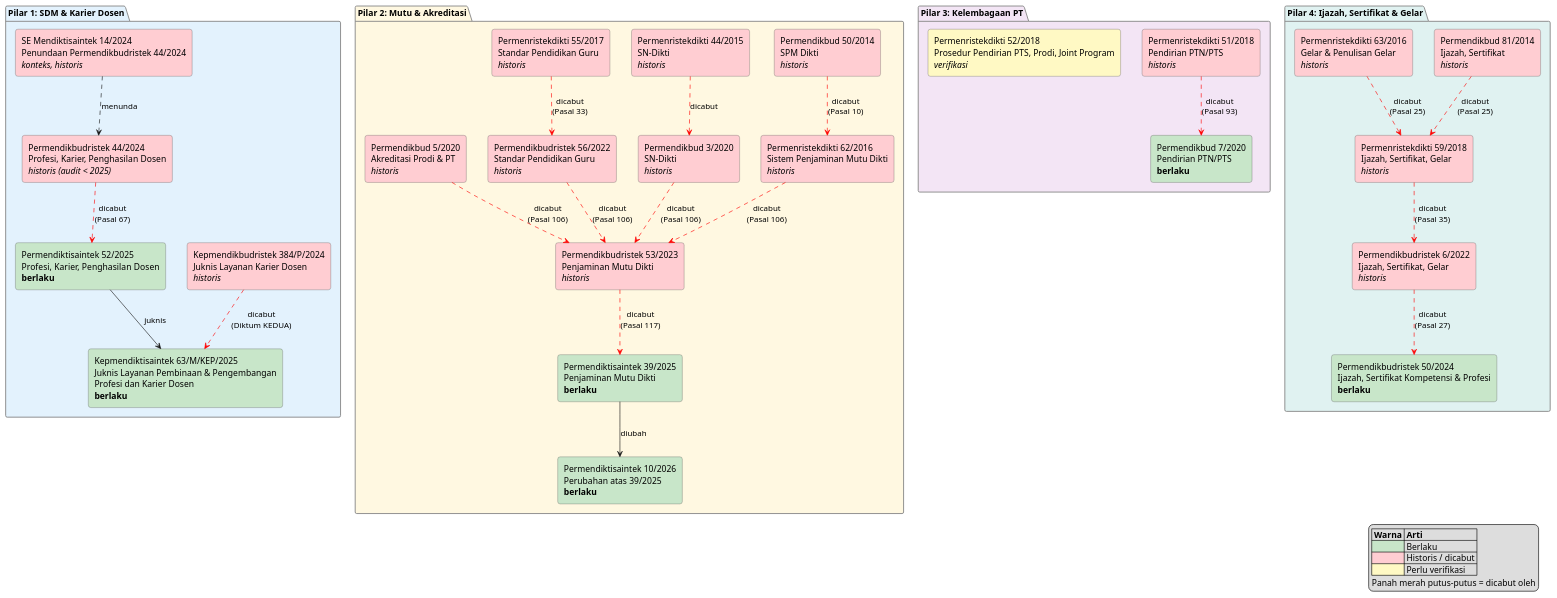
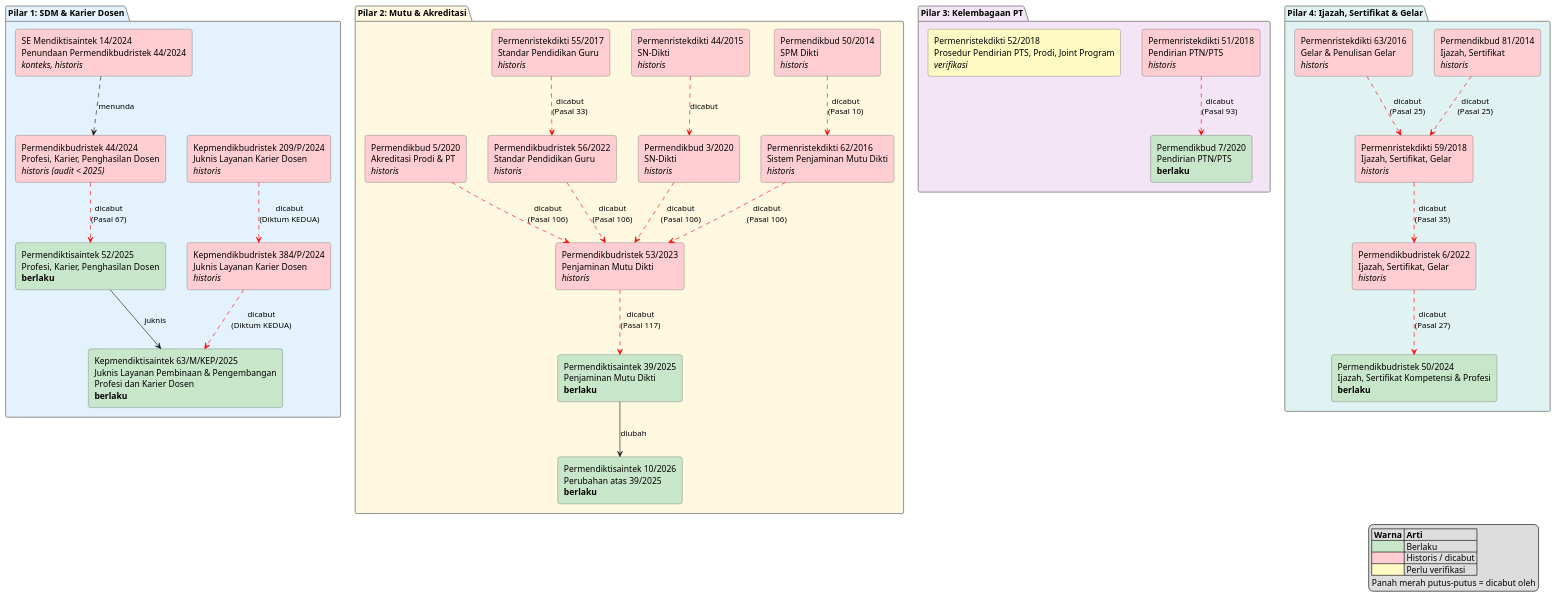
Before and after one commit to bendo01/xsia_xarx: the diagram in desertation/diagram/pilar_regulasi.puml, drawn with PlantUML. The commit also changed 7 other files, not shown here.

Commit message:
fix diagram RAG

```diff
--- a/desertation/diagram/pilar_regulasi.puml
+++ b/desertation/diagram/pilar_regulasi.puml
@@ -1,73 +1,75 @@
 @startuml pilar_regulasi
 skinparam shadowing false
 skinparam defaultFontName Arial
 skinparam rectangle {
   RoundCorner 8
   BorderColor #555555
 }
 skinparam package {
   BorderColor #888888
 }
 
 package "Pilar 1: SDM & Karier Dosen" #E3F2FD {
+  rectangle "Kepmendikbudristek 209/P/2024\nJuknis Layanan Karier Dosen\n//historis//" as K209_24 #FFCDD2
   rectangle "Kepmendikbudristek 384/P/2024\nJuknis Layanan Karier Dosen\n//historis//" as K384_24 #FFCDD2
   rectangle "SE Mendiktisaintek 14/2024\nPenundaan Permendikbudristek 44/2024\n//konteks, historis//" as SE14_24 #FFCDD2
   rectangle "Permendikbudristek 44/2024\nProfesi, Karier, Penghasilan Dosen\n//historis (audit < 2025)//" as P44_24 #FFCDD2
   rectangle "Permendiktisaintek 52/2025\nProfesi, Karier, Penghasilan Dosen\n**berlaku**" as P52_25 #C8E6C9
   rectangle "Kepmendiktisaintek 63/M/KEP/2025\nJuknis Layanan Pembinaan & Pengembangan\nProfesi dan Karier Dosen\n**berlaku**" as K63_25 #C8E6C9
 }
 
 package "Pilar 2: Mutu & Akreditasi" #FFF8E1 {
   rectangle "Permendikbud 50/2014\nSPM Dikti\n//historis//" as P50_14 #FFCDD2
   rectangle "Permenristekdikti 44/2015\nSN-Dikti\n//historis//" as P44_15 #FFCDD2
   rectangle "Permenristekdikti 62/2016\nSistem Penjaminan Mutu Dikti\n//historis//" as P62_16 #FFCDD2
   rectangle "Permenristekdikti 55/2017\nStandar Pendidikan Guru\n//historis//" as P55_17 #FFCDD2
   rectangle "Permendikbud 3/2020\nSN-Dikti\n//historis//" as P3_20 #FFCDD2
   rectangle "Permendikbud 5/2020\nAkreditasi Prodi & PT\n//historis//" as P5_20 #FFCDD2
   rectangle "Permendikbudristek 56/2022\nStandar Pendidikan Guru\n//historis//" as P56_22 #FFCDD2
   rectangle "Permendikbudristek 53/2023\nPenjaminan Mutu Dikti\n//historis//" as P53_23 #FFCDD2
   rectangle "Permendiktisaintek 39/2025\nPenjaminan Mutu Dikti\n**berlaku**" as P39_25 #C8E6C9
   rectangle "Permendiktisaintek 10/2026\nPerubahan atas 39/2025\n**berlaku**" as P10_26 #C8E6C9
 }
 
 package "Pilar 3: Kelembagaan PT" #F3E5F5 {
   rectangle "Permenristekdikti 51/2018\nPendirian PTN/PTS\n//historis//" as P51_18 #FFCDD2
   rectangle "Permenristekdikti 52/2018\nProsedur Pendirian PTS, Prodi, Joint Program\n//verifikasi//" as P52_18 #FFF9C4
   rectangle "Permendikbud 7/2020\nPendirian PTN/PTS\n**berlaku**" as P7_20 #C8E6C9
 }
 
 package "Pilar 4: Ijazah, Sertifikat & Gelar" #E0F2F1 {
   rectangle "Permendikbud 81/2014\nIjazah, Sertifikat\n//historis//" as P81_14 #FFCDD2
   rectangle "Permenristekdikti 63/2016\nGelar & Penulisan Gelar\n//historis//" as P63_16 #FFCDD2
   rectangle "Permenristekdikti 59/2018\nIjazah, Sertifikat, Gelar\n//historis//" as P59_18 #FFCDD2
   rectangle "Permendikbudristek 6/2022\nIjazah, Sertifikat, Gelar\n//historis//" as P6_22 #FFCDD2
   rectangle "Permendikbudristek 50/2024\nIjazah, Sertifikat Kompetensi & Profesi\n**berlaku**" as P50_24 #C8E6C9
 }
 
 P44_24 -[#red,dashed]-> P52_25 : dicabut\n(Pasal 67)
 P52_25 --> K63_25 : juknis
+K209_24 -[#red,dashed]-> K384_24 : dicabut\n(Diktum KEDUA)
 K384_24 -[#red,dashed]-> K63_25 : dicabut\n(Diktum KEDUA)
 SE14_24 ..> P44_24 : menunda
 P50_14 -[#red,dashed]-> P62_16 : dicabut\n(Pasal 10)
 P55_17 -[#red,dashed]-> P56_22 : dicabut\n(Pasal 33)
 P5_20 -[#red,dashed]-> P53_23 : dicabut\n(Pasal 106)
 P81_14 -[#red,dashed]-> P59_18 : dicabut\n(Pasal 25)
 P63_16 -[#red,dashed]-> P59_18 : dicabut\n(Pasal 25)
 P44_15 -[#red,dashed]-> P3_20 : dicabut
 P3_20 -[#red,dashed]-> P53_23 : dicabut\n(Pasal 106)
 P62_16 -[#red,dashed]-> P53_23 : dicabut\n(Pasal 106)
 P56_22 -[#red,dashed]-> P53_23 : dicabut\n(Pasal 106)
 P53_23 -[#red,dashed]-> P39_25 : dicabut\n(Pasal 117)
 P39_25 --> P10_26 : diubah
 P51_18 -[#red,dashed]-> P7_20 : dicabut\n(Pasal 93)
 P59_18 -[#red,dashed]-> P6_22 : dicabut\n(Pasal 35)
 P6_22 -[#red,dashed]-> P50_24 : dicabut\n(Pasal 27)
 
 legend right
   |= Warna |= Arti |
   | <#C8E6C9> | Berlaku |
   | <#FFCDD2> | Historis / dicabut |
   | <#FFF9C4> | Perlu verifikasi |
   Panah merah putus-putus = dicabut oleh
 endlegend
 @enduml
```
